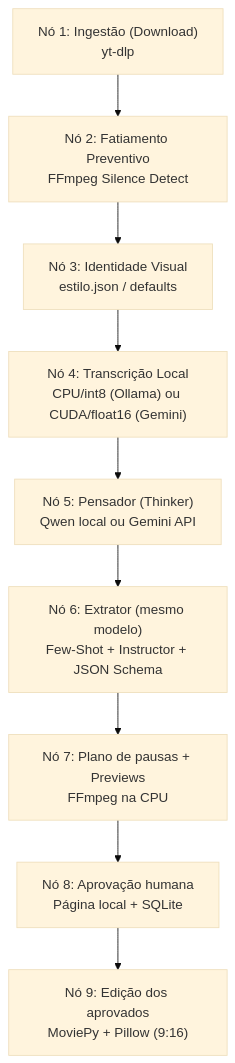
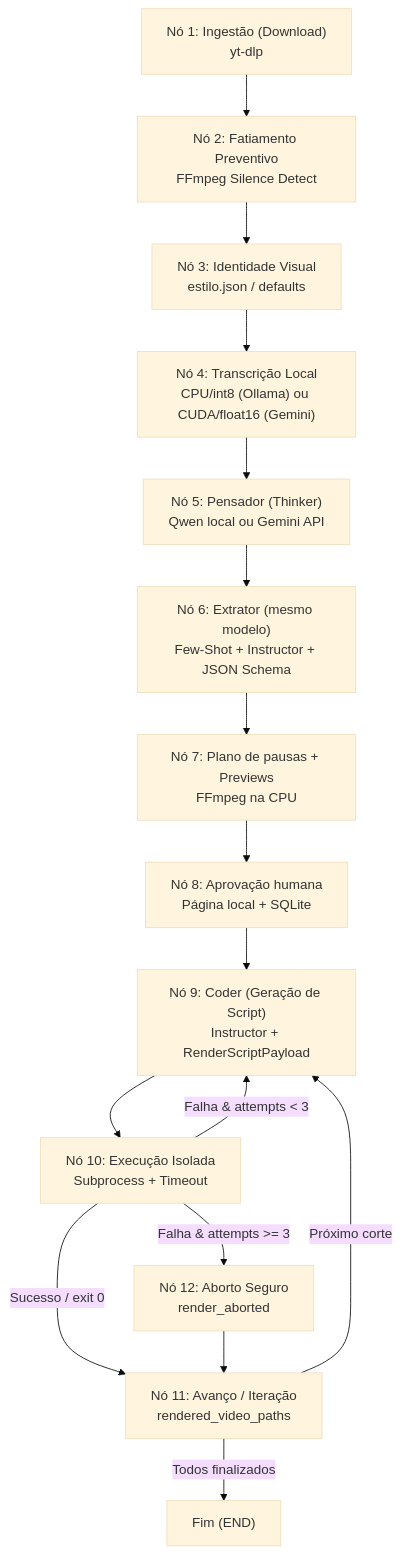
The diagram in README.md (SegantinDavi/agent-clipper), drawn with Mermaid (base theme) before and after one commit. The commit also changed other lines of this file and 7 other files, not shown here.

````diff
--- a/README.md
+++ b/README.md
@@ -28,11 +28,18 @@
 ```mermaid
 flowchart TD
     A["Nó 1: Ingestão (Download)<br>yt-dlp"] --> B["Nó 2: Fatiamento Preventivo<br>FFmpeg Silence Detect"]
     B --> S["Nó 3: Identidade Visual<br>estilo.json / defaults"]
     S --> C["Nó 4: Transcrição Local<br>CPU/int8 (Ollama) ou CUDA/float16 (Gemini)"]
     C --> D["Nó 5: Pensador (Thinker)<br>Qwen local ou Gemini API"]
     D --> E["Nó 6: Extrator (mesmo modelo)<br>Few-Shot + Instructor + JSON Schema"]
     E --> P["Nó 7: Plano de pausas + Previews<br>FFmpeg na CPU"]
     P --> R["Nó 8: Aprovação humana<br>Página local + SQLite"]
-    R --> F["Nó 9: Edição dos aprovados<br>MoviePy + Pillow (9:16)"]
+    R --> CD["Nó 9: Coder (Geração de Script)<br>Instructor + RenderScriptPayload"]
+    CD --> EX["Nó 10: Execução Isolada<br>Subprocess + Timeout"]
+    EX -->|Sucesso / exit 0| ADV["Nó 11: Avanço / Iteração<br>rendered_video_paths"]
+    EX -->|Falha & attempts < 3| CD
+    EX -->|Falha & attempts >= 3| AB["Nó 12: Aborto Seguro<br>render_aborted"]
+    AB --> ADV
+    ADV -->|Próximo corte| CD
+    ADV -->|Todos finalizados| END_NODE["Fim (END)"]
 ```
````
